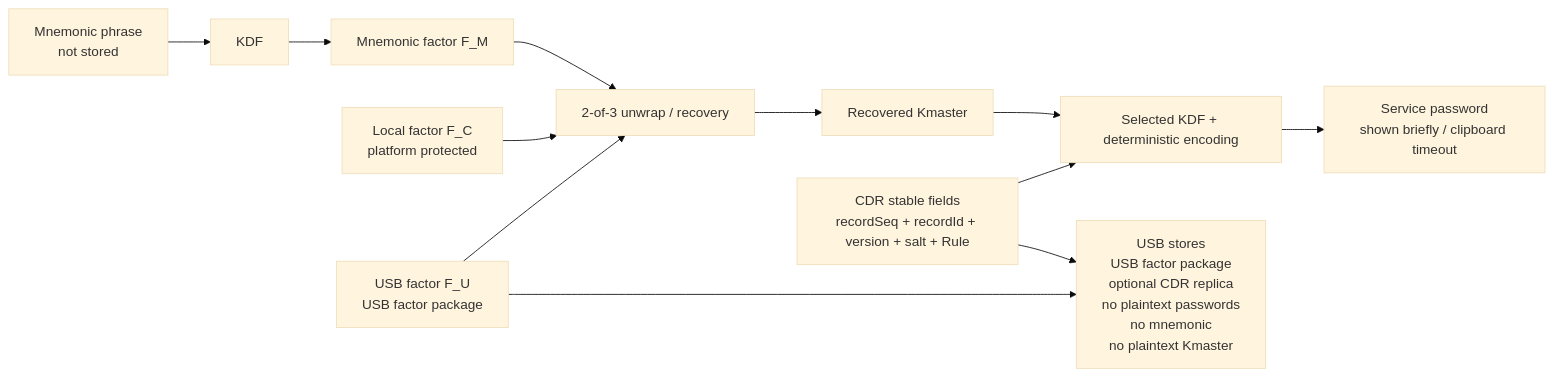
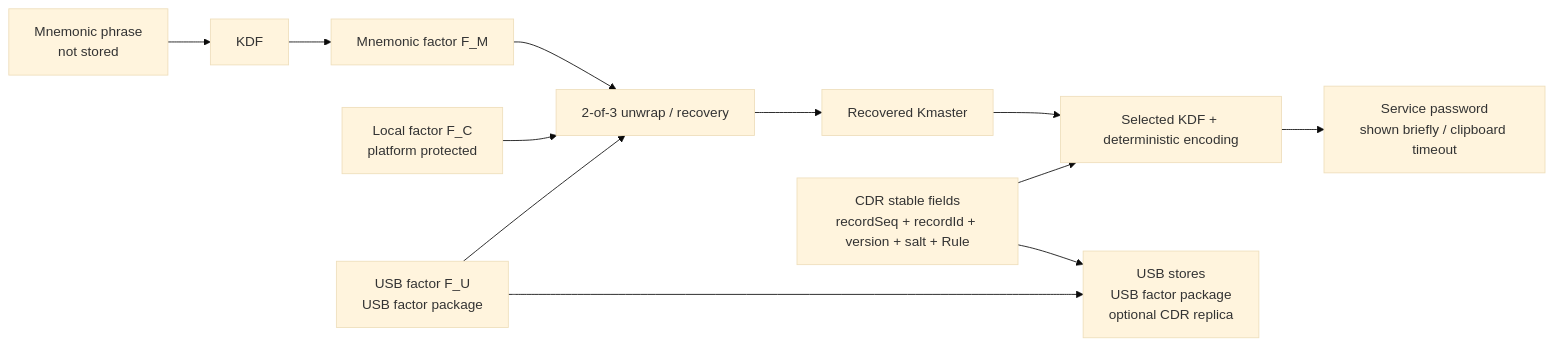
Before and after one commit to ferrarif1/KeyLessPass: the diagram in README.md, drawn with Mermaid (base theme).

````diff
--- a/README.md
+++ b/README.md
@@ -114,14 +114,14 @@
 ```mermaid
 flowchart LR
     M["Mnemonic phrase<br/>not stored"] --> KDF["KDF"]
     KDF --> FM["Mnemonic factor F_M"]
     FC["Local factor F_C<br/>platform protected"] --> R["2-of-3 unwrap / recovery"]
     FM --> R
     FU["USB factor F_U<br/>USB factor package"] --> R
     R --> KM["Recovered Kmaster"]
     KM --> D["Selected KDF + deterministic encoding"]
     C["CDR stable fields<br/>recordSeq + recordId + version + salt + Rule"] --> D
     D --> P["Service password<br/>shown briefly / clipboard timeout"]
-    FU --> U["USB stores<br/>USB factor package<br/>optional CDR replica<br/>no plaintext passwords<br/>no mnemonic<br/>no plaintext Kmaster"]
+    FU --> U["USB stores<br/>USB factor package<br/>optional CDR replica<br/"]
     C --> U
 ```
````
